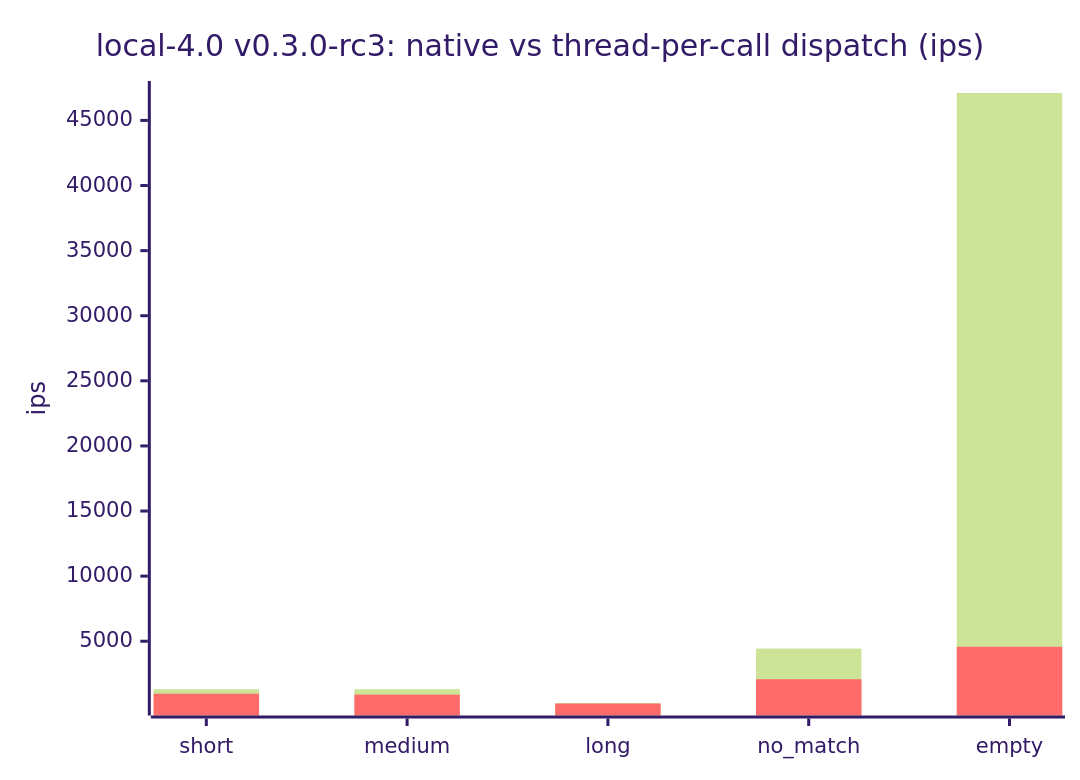
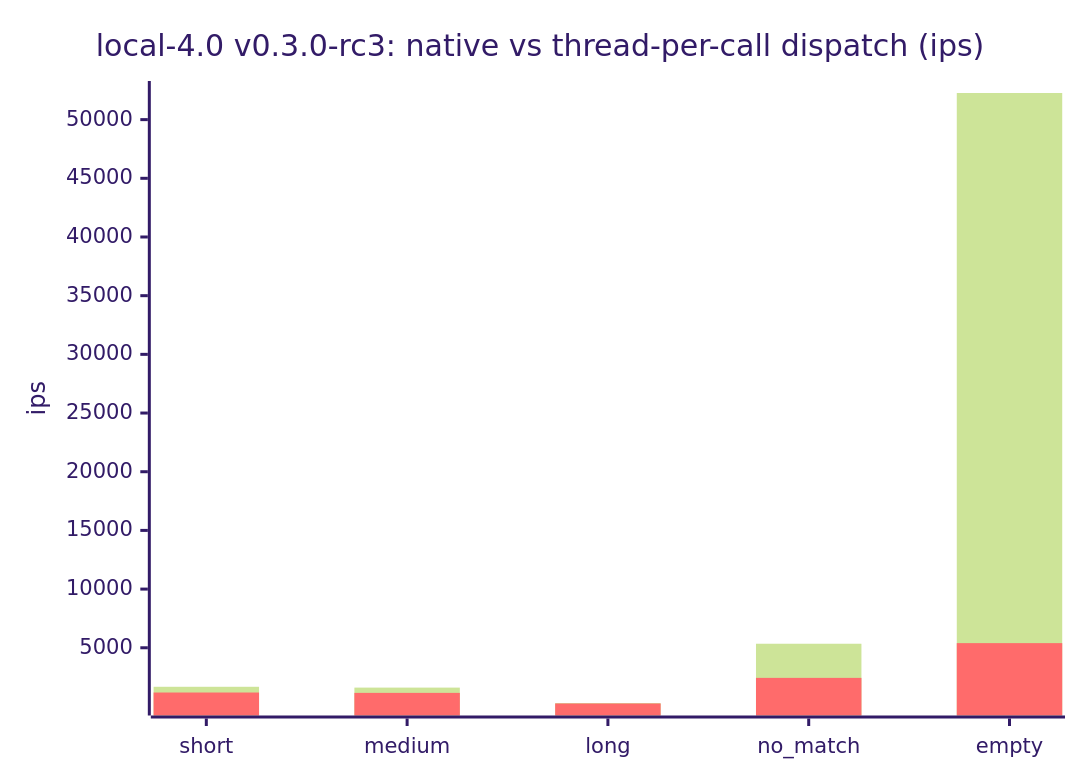
Before and after one commit to cpb/duckling: the fifth of 7 diagrams in docs/benchmarks/README.md, drawn with Mermaid (forest theme). The commit also changed other lines of this file and 4 other files, not shown here.

````diff
--- a/docs/benchmarks/README.md
+++ b/docs/benchmarks/README.md
@@ -202,8 +202,8 @@
 ```mermaid
 xychart-beta
     title "local-4.0 v0.3.0-rc3: native vs thread-per-call dispatch (ips)"
     x-axis [short, medium, long, no_match, empty]
     y-axis "ips"
-    bar "native" [1317.5, 1313.8, 239.5, 4435.7, 47107.0]
-    bar "thread-per-call" [967.4, 898.1, 217.3, 2080.4, 4573.2]
+    bar "native" [1676.1, 1606.2, 284.6, 5343.9, 52268.5]
+    bar "thread-per-call" [1187.1, 1156.8, 252.0, 2435.1, 5395.4]
 ```
````
